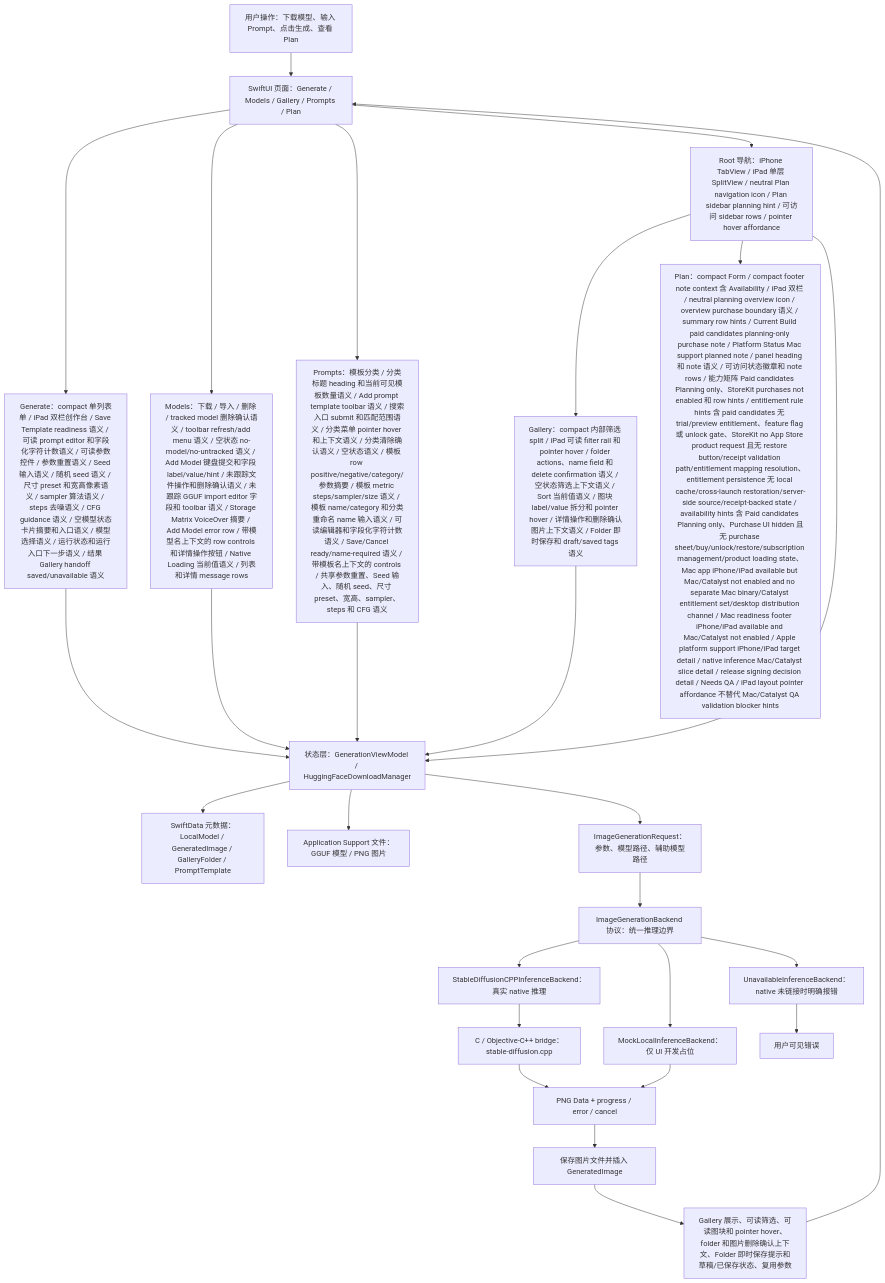
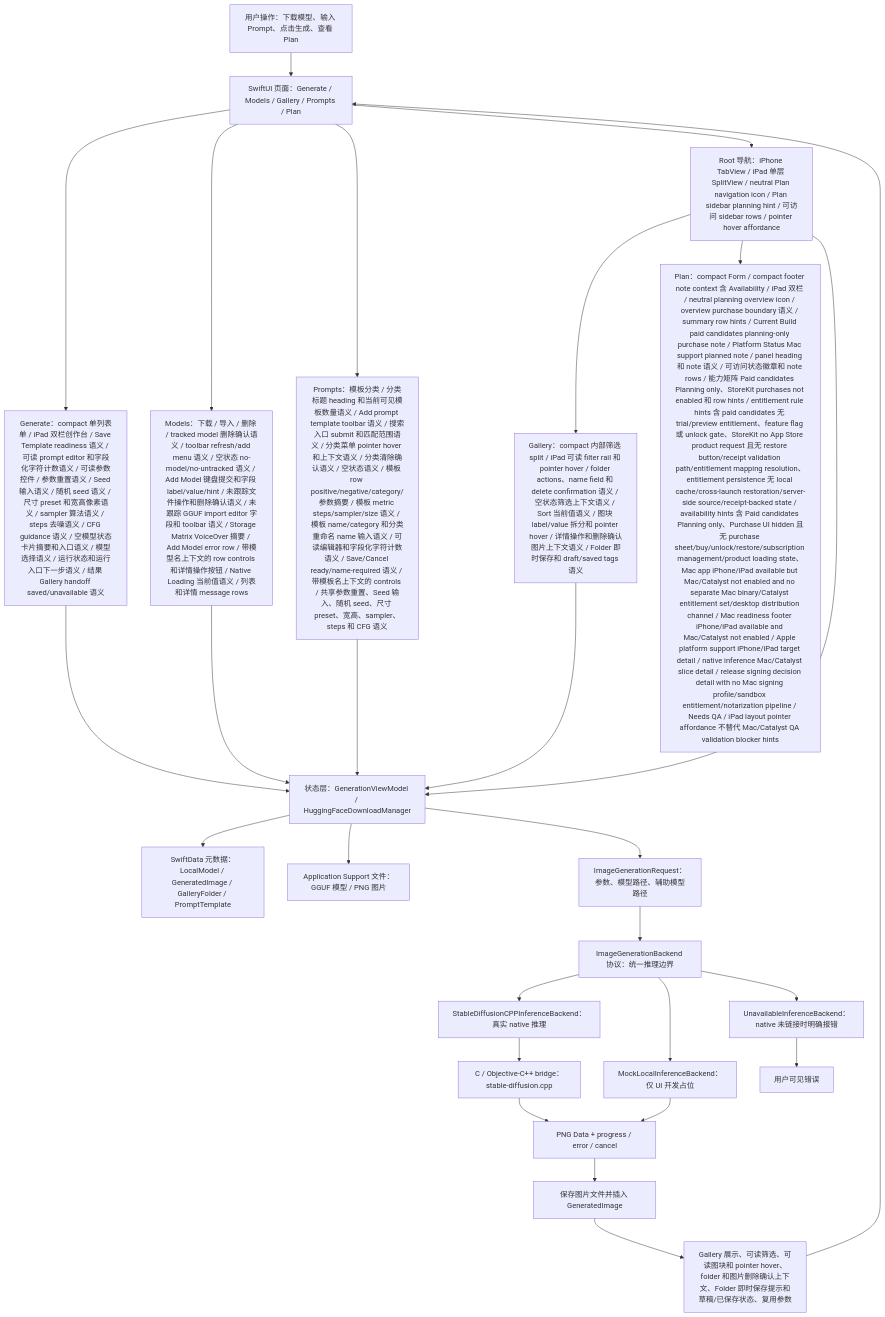
Before and after one commit to Altman-sam114/118: the first of 7 diagrams in md/flow/flowchart.md, drawn with Mermaid. The commit also changed 5 other files, not shown here.

First line of the commit message:
v1.117: Plan Mac signing boundary

````diff
--- a/md/flow/flowchart.md
+++ b/md/flow/flowchart.md
@@ -9,29 +9,29 @@
 ```mermaid
 flowchart TD
   U["用户操作：下载模型、输入 Prompt、点击生成、查看 Plan"] --> UI["SwiftUI 页面：Generate / Models / Gallery / Prompts / Plan"]
   UI --> GENUI["Generate：compact 单列表单 / iPad 双栏创作台 / Save Template readiness 语义 / 可读 prompt editor 和字段化字符计数语义 / 可读参数控件 / 参数重置语义 / Seed 输入语义 / 随机 seed 语义 / 尺寸 preset 和宽高像素语义 / sampler 算法语义 / steps 去噪语义 / CFG guidance 语义 / 空模型状态卡片摘要和入口语义 / 模型选择语义 / 运行状态和运行入口下一步语义 / 结果 Gallery handoff saved/unavailable 语义"]
   UI --> MODELUI["Models：下载 / 导入 / 删除 / tracked model 删除确认语义 / toolbar refresh/add menu 语义 / 空状态 no-model/no-untracked 语义 / Add Model 键盘提交和字段 label/value/hint / 未跟踪文件操作和删除确认语义 / 未跟踪 GGUF import editor 字段和 toolbar 语义 / Storage Matrix VoiceOver 摘要 / Add Model error row / 带模型名上下文的 row controls 和详情操作按钮 / Native Loading 当前值语义 / 列表和详情 message rows"]
   UI --> PROMPTUI["Prompts：模板分类 / 分类标题 heading 和当前可见模板数量语义 / Add prompt template toolbar 语义 / 搜索入口 submit 和匹配范围语义 / 分类菜单 pointer hover 和上下文语义 / 分类清除确认语义 / 空状态语义 / 模板 row positive/negative/category/参数摘要 / 模板 metric steps/sampler/size 语义 / 模板 name/category 和分类重命名 name 输入语义 / 可读编辑器和字段化字符计数语义 / Save/Cancel ready/name-required 语义 / 带模板名上下文的 controls / 共享参数重置、Seed 输入、随机 seed、尺寸 preset、宽高、sampler、steps 和 CFG 语义"]
   UI --> NAV["Root 导航：iPhone TabView / iPad 单层 SplitView / neutral Plan navigation icon / Plan sidebar planning hint / 可访问 sidebar rows / pointer hover affordance"]
   NAV --> GALUI["Gallery：compact 内部筛选 split / iPad 可读 filter rail 和 pointer hover / folder actions、name field 和 delete confirmation 语义 / 空状态筛选上下文语义 / Sort 当前值语义 / 图块 label/value 拆分和 pointer hover / 详情操作和删除确认图片上下文语义 / Folder 即时保存和 draft/saved tags 语义"]
-  NAV --> PLANUI["Plan：compact Form / compact footer note context 含 Availability / iPad 双栏 / neutral planning overview icon / overview purchase boundary 语义 / summary row hints / Current Build paid candidates planning-only purchase note / Platform Status Mac support planned note / panel heading 和 note 语义 / 可访问状态徽章和 note rows / 能力矩阵 Paid candidates Planning only、StoreKit purchases not enabled 和 row hints / entitlement rule hints 含 paid candidates 无 trial/preview entitlement、feature flag 或 unlock gate、StoreKit no App Store product request 且无 restore button/receipt validation path/entitlement mapping resolution、entitlement persistence 无 local cache/cross-launch restoration/server-side source/receipt-backed state / availability hints 含 Paid candidates Planning only、Purchase UI hidden 且无 purchase sheet/buy/unlock/restore/subscription management/product loading state、Mac app iPhone/iPad available but Mac/Catalyst not enabled and no separate Mac binary/Catalyst entitlement set/desktop distribution channel / Mac readiness footer iPhone/iPad available and Mac/Catalyst not enabled / Apple platform support iPhone/iPad target detail / native inference Mac/Catalyst slice detail / release signing decision detail / Needs QA / iPad layout pointer affordance 不替代 Mac/Catalyst QA validation blocker hints"]
+  NAV --> PLANUI["Plan：compact Form / compact footer note context 含 Availability / iPad 双栏 / neutral planning overview icon / overview purchase boundary 语义 / summary row hints / Current Build paid candidates planning-only purchase note / Platform Status Mac support planned note / panel heading 和 note 语义 / 可访问状态徽章和 note rows / 能力矩阵 Paid candidates Planning only、StoreKit purchases not enabled 和 row hints / entitlement rule hints 含 paid candidates 无 trial/preview entitlement、feature flag 或 unlock gate、StoreKit no App Store product request 且无 restore button/receipt validation path/entitlement mapping resolution、entitlement persistence 无 local cache/cross-launch restoration/server-side source/receipt-backed state / availability hints 含 Paid candidates Planning only、Purchase UI hidden 且无 purchase sheet/buy/unlock/restore/subscription management/product loading state、Mac app iPhone/iPad available but Mac/Catalyst not enabled and no separate Mac binary/Catalyst entitlement set/desktop distribution channel / Mac readiness footer iPhone/iPad available and Mac/Catalyst not enabled / Apple platform support iPhone/iPad target detail / native inference Mac/Catalyst slice detail / release signing decision detail with no Mac signing profile/sandbox entitlement/notarization pipeline / Needs QA / iPad layout pointer affordance 不替代 Mac/Catalyst QA validation blocker hints"]
   NAV --> VM["状态层：GenerationViewModel / HuggingFaceDownloadManager"]
   GENUI --> VM
   MODELUI --> VM
   PROMPTUI --> VM
   GALUI --> VM
   VM --> SD["SwiftData 元数据：LocalModel / GeneratedImage / GalleryFolder / PromptTemplate"]
   VM --> FS["Application Support 文件：GGUF 模型 / PNG 图片"]
   VM --> REQ["ImageGenerationRequest：参数、模型路径、辅助模型路径"]
   REQ --> IFACE["ImageGenerationBackend 协议：统一推理边界"]
   IFACE --> NATIVE["StableDiffusionCPPInferenceBackend：真实 native 推理"]
   IFACE --> MOCK["MockLocalInferenceBackend：仅 UI 开发占位"]
   IFACE --> OFF["UnavailableInferenceBackend：native 未链接时明确报错"]
   NATIVE --> BRIDGE["C / Objective-C++ bridge：stable-diffusion.cpp"]
   BRIDGE --> PNG["PNG Data + progress / error / cancel"]
   MOCK --> PNG
   OFF --> ERR["用户可见错误"]
   PNG --> SAVE["保存图片文件并插入 GeneratedImage"]
   SAVE --> GALLERY["Gallery 展示、可读筛选、可读图块和 pointer hover、folder 和图片删除确认上下文、Folder 即时保存提示和草稿/已保存状态、复用参数"]
   GALLERY --> UI
 ```
````
